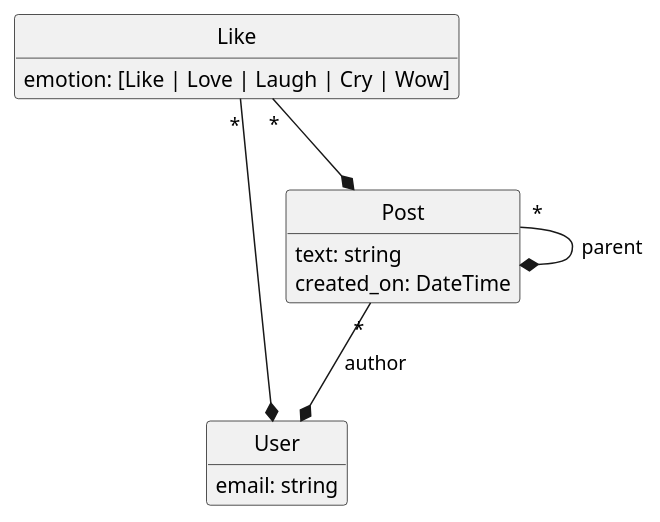
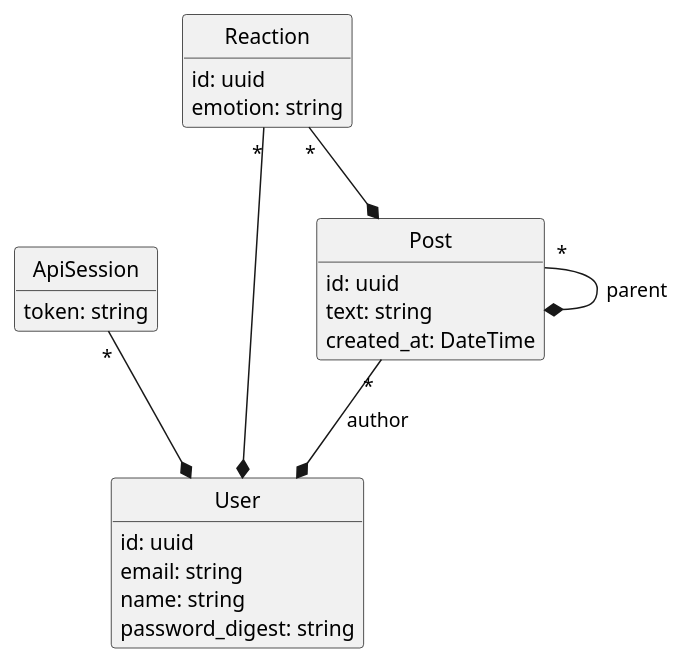
One commit to Adeynack/graphql_examples changed the diagram in model.wsd. Above: the diagram before and after it, drawn with PlantUML. The commit also changed 167 other files, not shown here.

First line of the commit message:
Ruby on Rails: Ruby GraphQL (#2)

```diff
--- a/model.wsd
+++ b/model.wsd
@@ -1,25 +1,36 @@
 @startuml Models
 
 hide empty methods
 hide circle
 
 class User {
+    id: uuid
     email: string
+    name: string
+    password_digest: string
 }
 
+class ApiSession {
+    token: string
+}
+
+ApiSession "*" --* User
+
 class Post {
+    id: uuid
     text: string
-    created_on: DateTime
+    created_at: DateTime
 }
 
 Post "*" --* User: author
 Post "*" --* Post: parent
 
-class Like {
-    emotion: [Like | Love | Laugh | Cry | Wow]
+class Reaction {
+    id: uuid
+    emotion: string
 }
 
-Like "*" --* User
-Like "*" --* Post
+Reaction "*" --* User
+Reaction "*" --* Post
 
 @enduml
```
